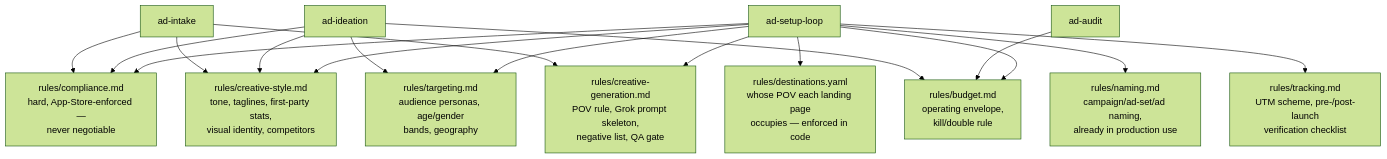
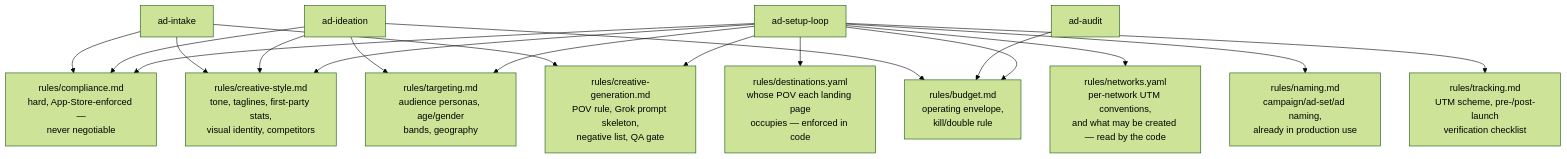
Before and after one commit to sreme19/ad-management-agent: the diagram in wiki-export/The-rules.md, drawn with Mermaid (forest theme). The commit also changed other lines of this file and 10 other files, not shown here.

````diff
--- a/wiki-export/The-rules.md
+++ b/wiki-export/The-rules.md
@@ -10,16 +10,17 @@
 ```mermaid
 flowchart TB
     Compliance["rules/compliance.md\nhard, App-Store-enforced —\nnever negotiable"]
     Targeting["rules/targeting.md\naudience personas, age/gender\nbands, geography"]
     Creative["rules/creative-style.md\ntone, taglines, first-party stats,\nvisual identity, competitors"]
     Naming["rules/naming.md\ncampaign/ad-set/ad naming,\nalready in production use"]
     Budget["rules/budget.md\noperating envelope,\nkill/double rule"]
     Tracking["rules/tracking.md\nUTM scheme, pre-/post-launch\nverification checklist"]
     Generation["rules/creative-generation.md\nPOV rule, Grok prompt skeleton,\nnegative list, QA gate"]
     Destinations["rules/destinations.yaml\nwhose POV each landing page\noccupies — enforced in code"]
+    Networks["rules/networks.yaml\nper-network UTM conventions,\nand what may be created — read by the code"]
 
-    Setup["ad-setup-loop"] --> Compliance & Targeting & Creative & Generation & Destinations & Naming & Budget & Tracking
+    Setup["ad-setup-loop"] --> Compliance & Targeting & Creative & Generation & Destinations & Networks & Naming & Budget & Tracking
     Audit["ad-audit"] --> Budget
     Ideation["ad-ideation"] --> Compliance & Targeting & Creative & Budget
     Intake["ad-intake"] --> Compliance & Creative & Generation
 ```
````
